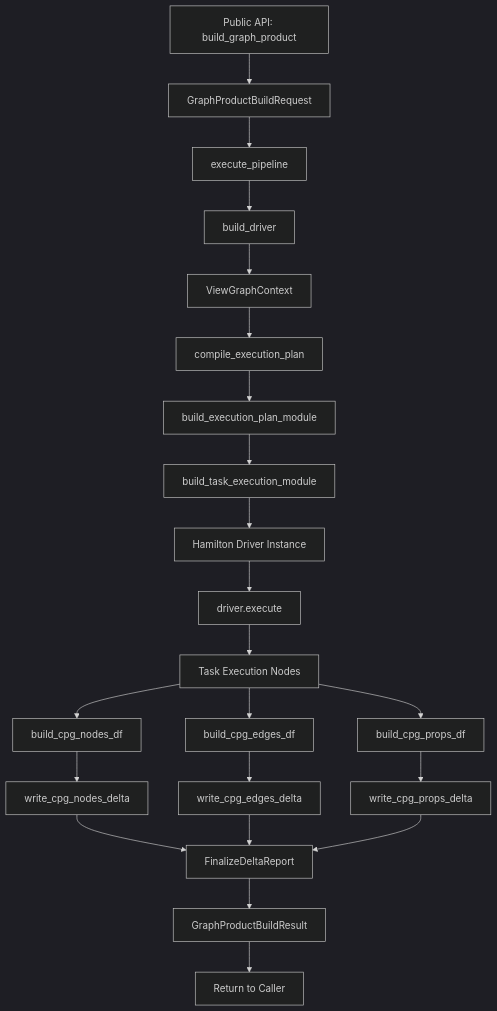
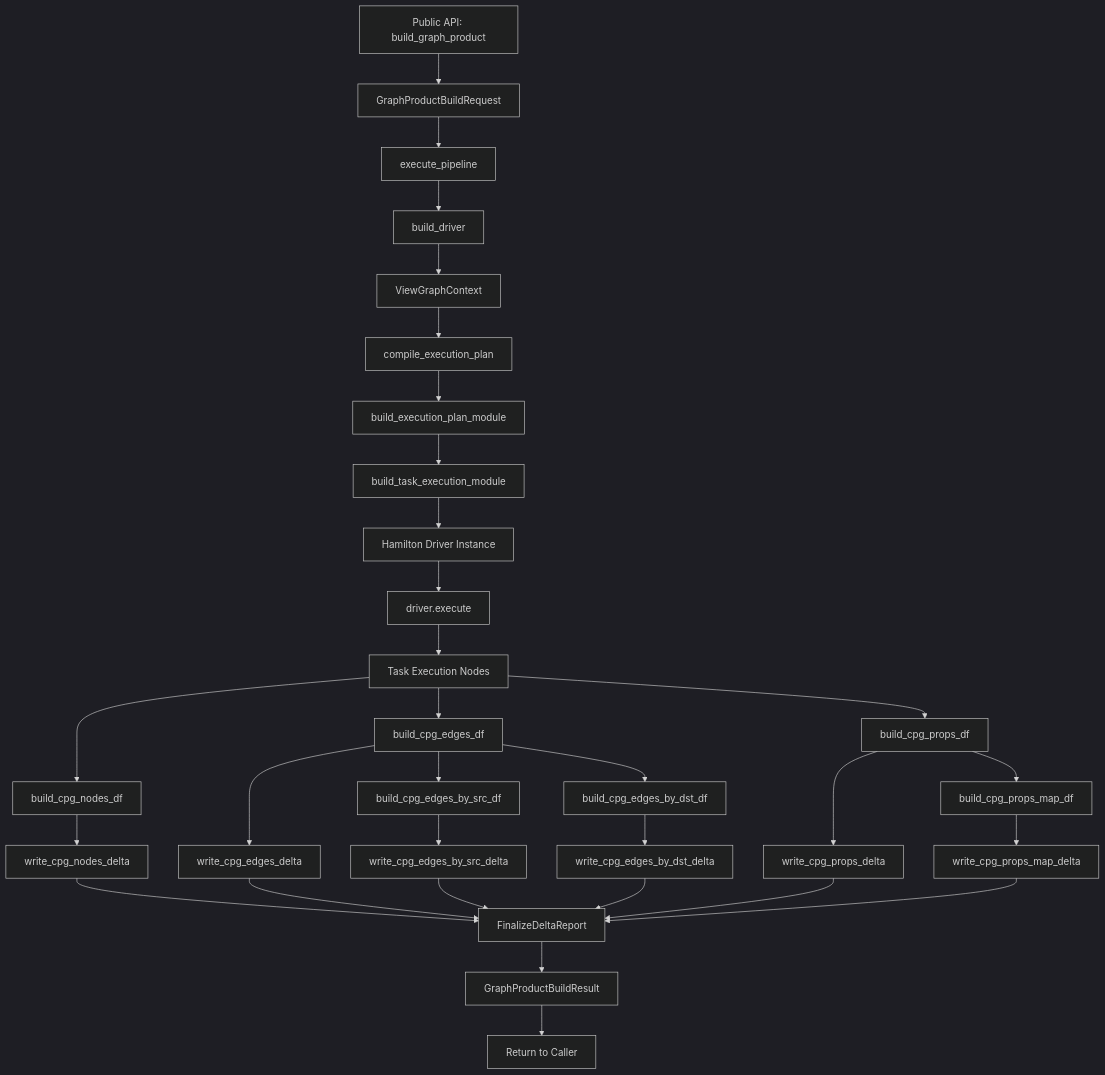
One commit to paul-heyse/CodeAnatomy changed the diagram in docs/architecture/part_vi_cpg_build_and_orchestration.md. Above: the diagram before and after it, drawn with Mermaid (dark theme). The commit also changed other lines of this file and 182 other files, not shown here.

````diff
--- a/docs/architecture/part_vi_cpg_build_and_orchestration.md
+++ b/docs/architecture/part_vi_cpg_build_and_orchestration.md
@@ -1255,24 +1314,33 @@
 ```mermaid
 flowchart TD
     A[Public API: build_graph_product] --> B[GraphProductBuildRequest]
     B --> C[execute_pipeline]
     C --> D[build_driver]
     D --> E[ViewGraphContext]
     E --> F[compile_execution_plan]
     F --> G[build_execution_plan_module]
     G --> H[build_task_execution_module]
     H --> I[Hamilton Driver Instance]
     I --> J[driver.execute]
     J --> K[Task Execution Nodes]
     K --> L[build_cpg_nodes_df]
     K --> M[build_cpg_edges_df]
     K --> N[build_cpg_props_df]
     L --> O[write_cpg_nodes_delta]
     M --> P[write_cpg_edges_delta]
     N --> Q[write_cpg_props_delta]
+    N --> Q1[build_cpg_props_map_df]
+    M --> Q2[build_cpg_edges_by_src_df]
+    M --> Q3[build_cpg_edges_by_dst_df]
+    Q1 --> Q4[write_cpg_props_map_delta]
+    Q2 --> Q5[write_cpg_edges_by_src_delta]
+    Q3 --> Q6[write_cpg_edges_by_dst_delta]
     O --> R[FinalizeDeltaReport]
     P --> R
     Q --> R
+    Q4 --> R
+    Q5 --> R
+    Q6 --> R
     R --> S[GraphProductBuildResult]
     S --> T[Return to Caller]
 ```
````
